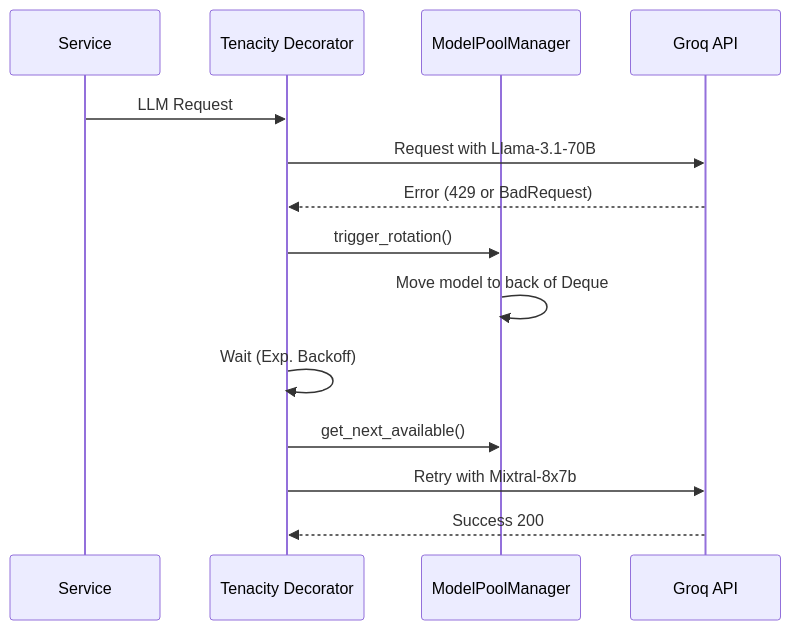
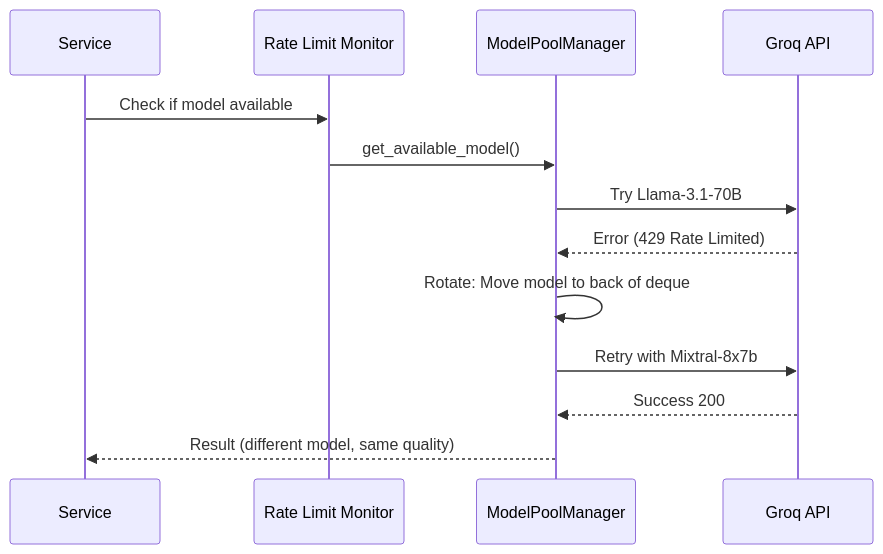
Before and after one commit to Insha-7/NeuroRead: the eighth of 8 diagrams in README.md, drawn with Mermaid. The commit also changed other lines of this file, not shown here.

````diff
--- a/README.md
+++ b/README.md
@@ -139,17 +173,16 @@
 ```mermaid
 sequenceDiagram
     participant S as Service
-    participant T as Tenacity Decorator
+    participant R as Rate Limit Monitor
     participant P as ModelPoolManager
     participant G as Groq API
 
-    S->>T: LLM Request
-    T->>G: Request with Llama-3.1-70B
-    G-->>T: Error (429 or BadRequest)
-    T->>P: trigger_rotation()
-    P->>P: Move model to back of Deque
-    T->>T: Wait (Exp. Backoff)
-    T->>P: get_next_available()
-    T->>G: Retry with Mixtral-8x7b
-    G-->>T: Success 200
+    S->>R: Check if model available
+    R->>P: get_available_model()
+    P->>G: Try Llama-3.1-70B
+    G-->>P: Error (429 Rate Limited)
+    P->>P: Rotate: Move model to back of deque
+    P->>G: Retry with Mixtral-8x7b
+    G-->>P: Success 200
+    P-->>S: Result (different model, same quality)
 ```
````
